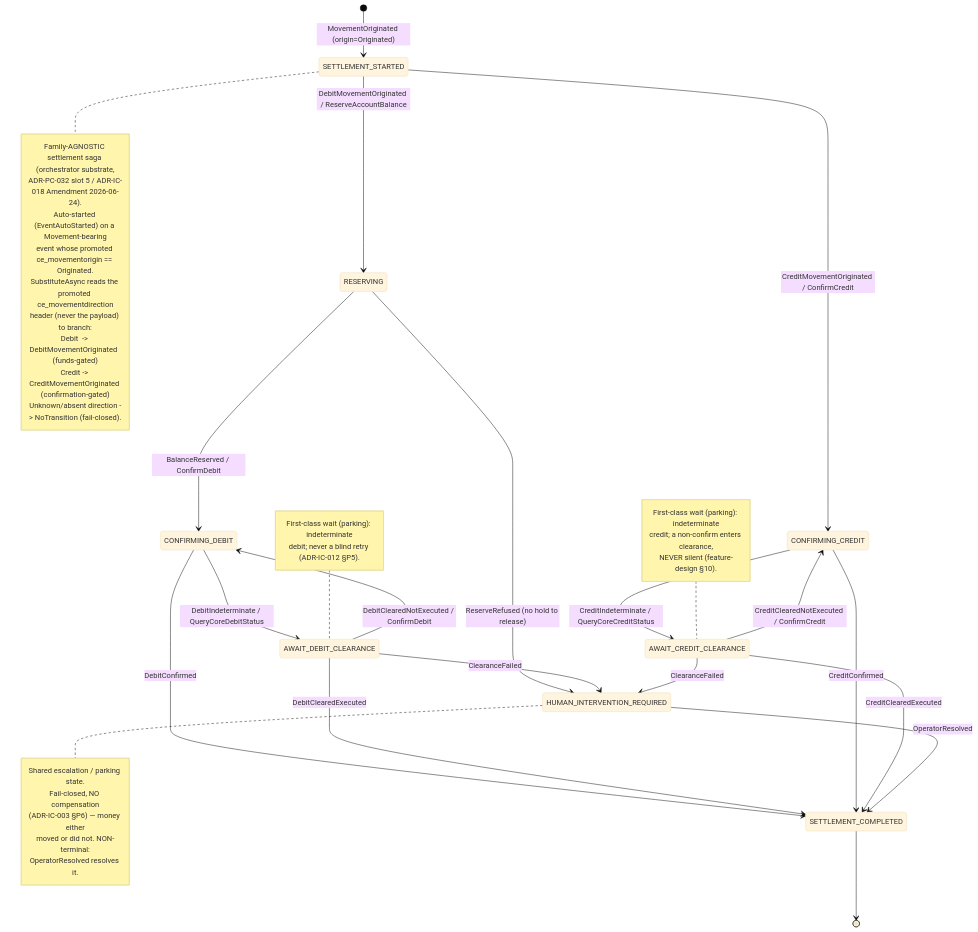
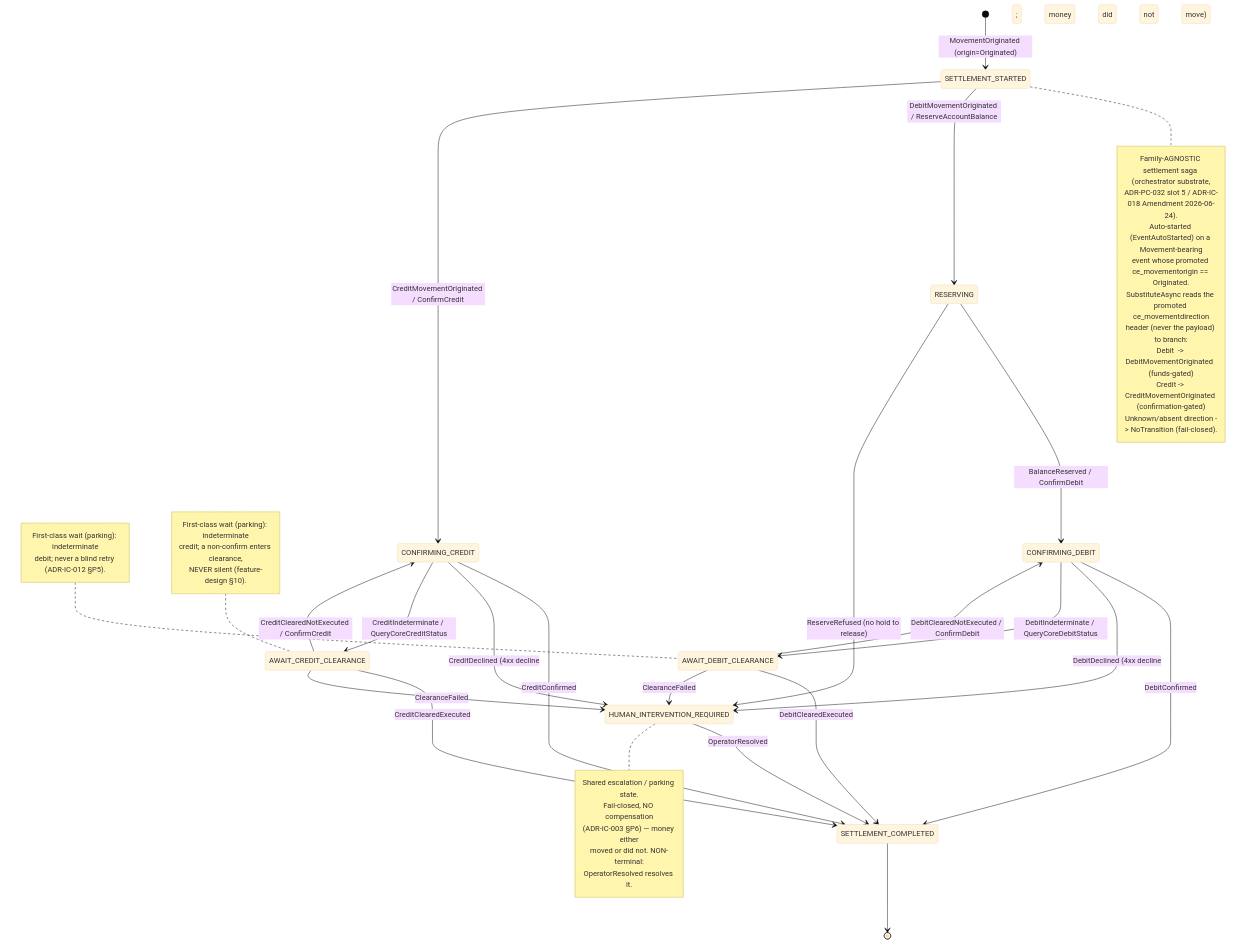
Before and after one commit to jhosm/archie: the fifth of 8 diagrams in docs/product-management/product_concepts/feature-design-c4-architecture.md, drawn with Mermaid (base theme). The commit also changed 4 other files, not shown here.

````diff
--- a/docs/product-management/product_concepts/feature-design-c4-architecture.md
+++ b/docs/product-management/product_concepts/feature-design-c4-architecture.md
@@ -514,58 +514,60 @@
 ```mermaid
 stateDiagram-v2
     direction TB
 
     [*] --> SETTLEMENT_STARTED : MovementOriginated (origin=Originated)
 
     note right of SETTLEMENT_STARTED
         Family-AGNOSTIC settlement saga (orchestrator substrate,
         ADR-PC-032 slot 5 / ADR-IC-018 Amendment 2026-06-24).
         Auto-started (EventAutoStarted) on a Movement-bearing
         event whose promoted ce_movementorigin == Originated.
         SubstituteAsync reads the promoted ce_movementdirection
         header (never the payload) to branch:
           Debit  -> DebitMovementOriginated  (funds-gated)
           Credit -> CreditMovementOriginated (confirmation-gated)
         Unknown/absent direction -> NoTransition (fail-closed).
     end note
 
     %% === DEBIT path — funds-gated: Reserve -> Confirm ===
     SETTLEMENT_STARTED --> RESERVING : DebitMovementOriginated / ReserveAccountBalance
     RESERVING --> CONFIRMING_DEBIT : BalanceReserved / ConfirmDebit
     RESERVING --> HUMAN_INTERVENTION_REQUIRED : ReserveRefused (no hold to release)
     CONFIRMING_DEBIT --> SETTLEMENT_COMPLETED : DebitConfirmed
+    CONFIRMING_DEBIT --> HUMAN_INTERVENTION_REQUIRED : DebitDeclined (4xx decline; money did not move)
     CONFIRMING_DEBIT --> AWAIT_DEBIT_CLEARANCE : DebitIndeterminate / QueryCoreDebitStatus
     AWAIT_DEBIT_CLEARANCE --> SETTLEMENT_COMPLETED : DebitClearedExecuted
     AWAIT_DEBIT_CLEARANCE --> CONFIRMING_DEBIT : DebitClearedNotExecuted / ConfirmDebit
     AWAIT_DEBIT_CLEARANCE --> HUMAN_INTERVENTION_REQUIRED : ClearanceFailed
 
     %% === CREDIT path — confirmation-gated only: a single Confirm ===
     SETTLEMENT_STARTED --> CONFIRMING_CREDIT : CreditMovementOriginated / ConfirmCredit
     CONFIRMING_CREDIT --> SETTLEMENT_COMPLETED : CreditConfirmed
+    CONFIRMING_CREDIT --> HUMAN_INTERVENTION_REQUIRED : CreditDeclined (4xx decline; money did not move)
     CONFIRMING_CREDIT --> AWAIT_CREDIT_CLEARANCE : CreditIndeterminate / QueryCoreCreditStatus
     AWAIT_CREDIT_CLEARANCE --> SETTLEMENT_COMPLETED : CreditClearedExecuted
     AWAIT_CREDIT_CLEARANCE --> CONFIRMING_CREDIT : CreditClearedNotExecuted / ConfirmCredit
     AWAIT_CREDIT_CLEARANCE --> HUMAN_INTERVENTION_REQUIRED : ClearanceFailed
 
     %% === HIR -> resolved (makes HIR NON-terminal BY TABLE; never a compensation) ===
     HUMAN_INTERVENTION_REQUIRED --> SETTLEMENT_COMPLETED : OperatorResolved
 
     SETTLEMENT_COMPLETED --> [*]
 
     note left of AWAIT_DEBIT_CLEARANCE
         First-class wait (parking): indeterminate
         debit; never a blind retry (ADR-IC-012 §P5).
     end note
     note left of AWAIT_CREDIT_CLEARANCE
         First-class wait (parking): indeterminate
         credit; a non-confirm enters clearance,
         NEVER silent (feature-design §10).
     end note
     note right of HUMAN_INTERVENTION_REQUIRED
         Shared escalation / parking state.
         Fail-closed, NO compensation
         (ADR-IC-003 §P6) — money either
         moved or did not. NON-terminal:
         OperatorResolved resolves it.
     end note
 ```
````
